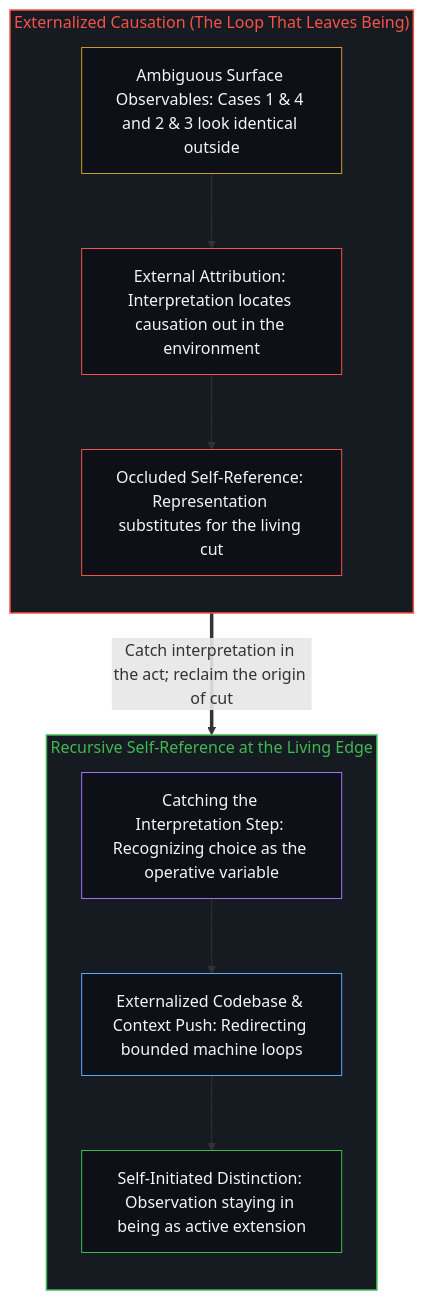
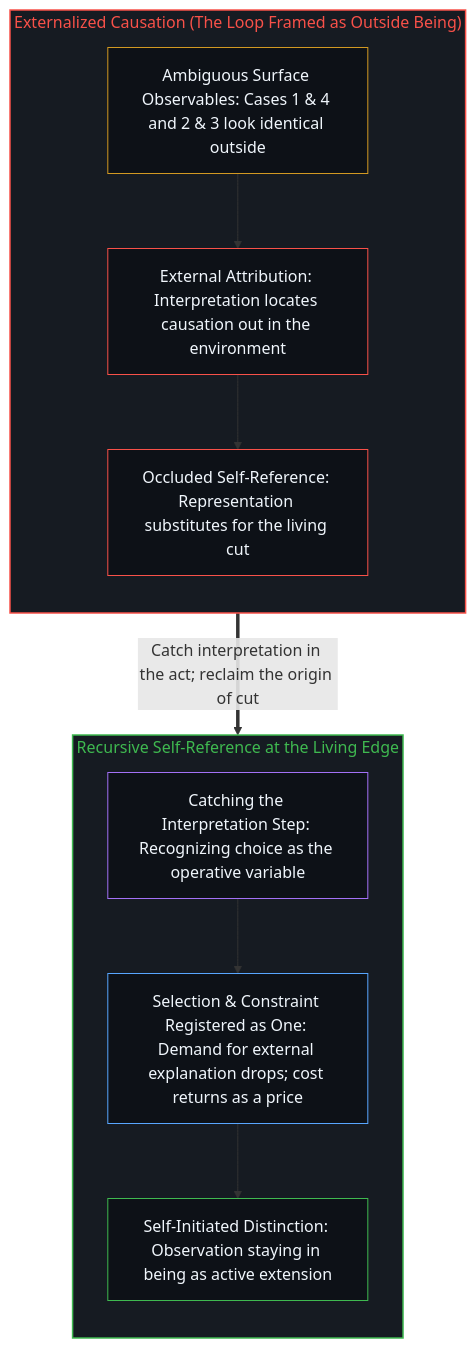
The second of 2 diagrams in content/posts/the-loop-that-cant-see-itself.md (powerpig99/not-a-toe), drawn with Mermaid before and after one commit. The commit also changed other lines of this file and 7 other files, not shown here.

````diff
--- a/content/posts/the-loop-that-cant-see-itself.md
+++ b/content/posts/the-loop-that-cant-see-itself.md
@@ -70,26 +70,26 @@
 ```mermaid
 flowchart TD
-    subgraph S_Exit["Externalized Causation (The Loop That Leaves Being)"]
+    subgraph S_Exit["Externalized Causation (The Loop Framed as Outside Being)"]
         direction TB
         E_Obs["Ambiguous Surface Observables: Cases 1 & 4 and 2 & 3 look identical outside"]
         E_Attr["External Attribution: Interpretation locates causation out in the environment"]
         E_Blind["Occluded Self-Reference: Representation substitutes for the living cut"]
         E_Obs --> E_Attr --> E_Blind
     end
     subgraph S_Recurse["Recursive Self-Reference at the Living Edge"]
         direction TB
         R_Catch["Catching the Interpretation Step: Recognizing choice as the operative variable"]
-        R_Push["Externalized Codebase & Context Push: Redirecting bounded machine loops"]
+        R_Price["Selection & Constraint Registered as One: Demand for external explanation drops; cost returns as a price"]
         R_Act["Self-Initiated Distinction: Observation staying in being as active extension"]
-        R_Catch --> R_Push --> R_Act
+        R_Catch --> R_Price --> R_Act
     end
     E_Blind ==>|"Catch interpretation in the act; reclaim the origin of cut"| R_Catch
     style S_Exit fill:#161b22,stroke:#f85149,stroke-width:1.5px,color:#f85149
     style S_Recurse fill:#161b22,stroke:#3fb950,stroke-width:1.5px,color:#3fb950
     style E_Obs fill:#0d1117,stroke:#d29922,stroke-width:1px,color:#f0f6fc
     style E_Attr fill:#0d1117,stroke:#f85149,stroke-width:1px,color:#f0f6fc
     style E_Blind fill:#0d1117,stroke:#f85149,stroke-width:1px,color:#f0f6fc
     style R_Catch fill:#0d1117,stroke:#a371f7,stroke-width:1px,color:#f0f6fc
-    style R_Push fill:#0d1117,stroke:#58a6ff,stroke-width:1px,color:#f0f6fc
+    style R_Price fill:#0d1117,stroke:#58a6ff,stroke-width:1px,color:#f0f6fc
     style R_Act fill:#0d1117,stroke:#3fb950,stroke-width:1px,color:#f0f6fc
 ```
````
